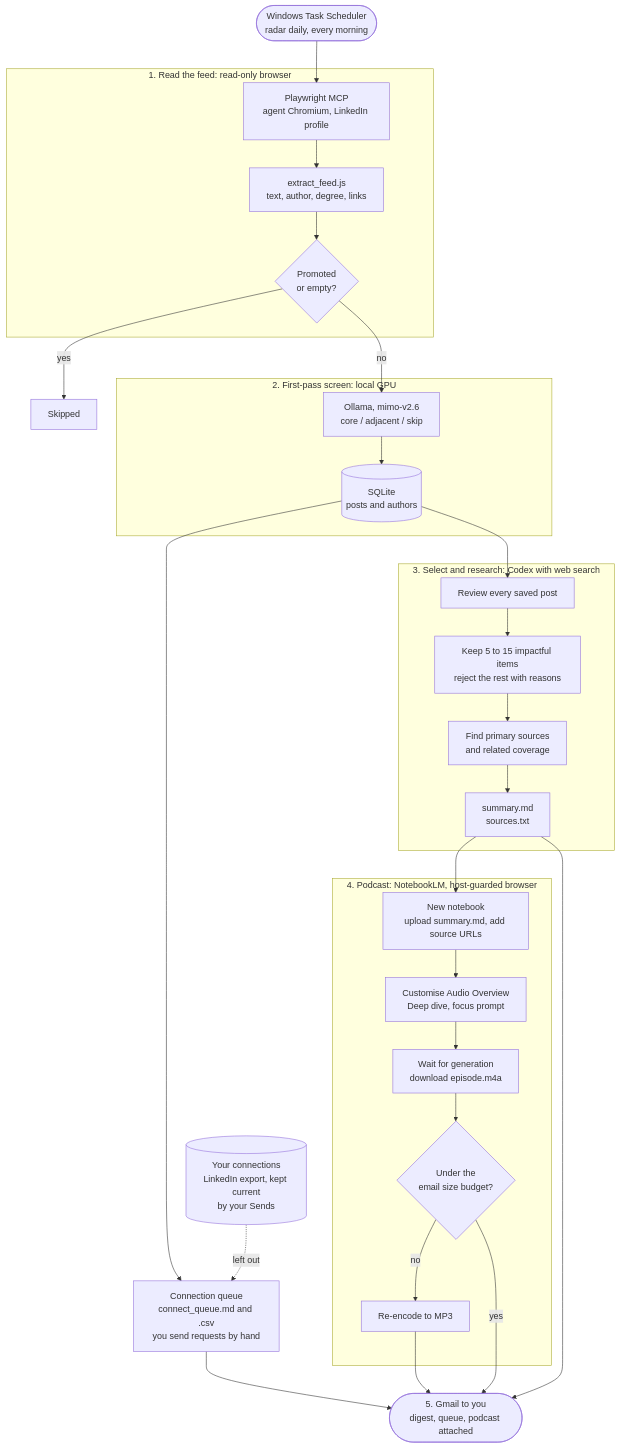
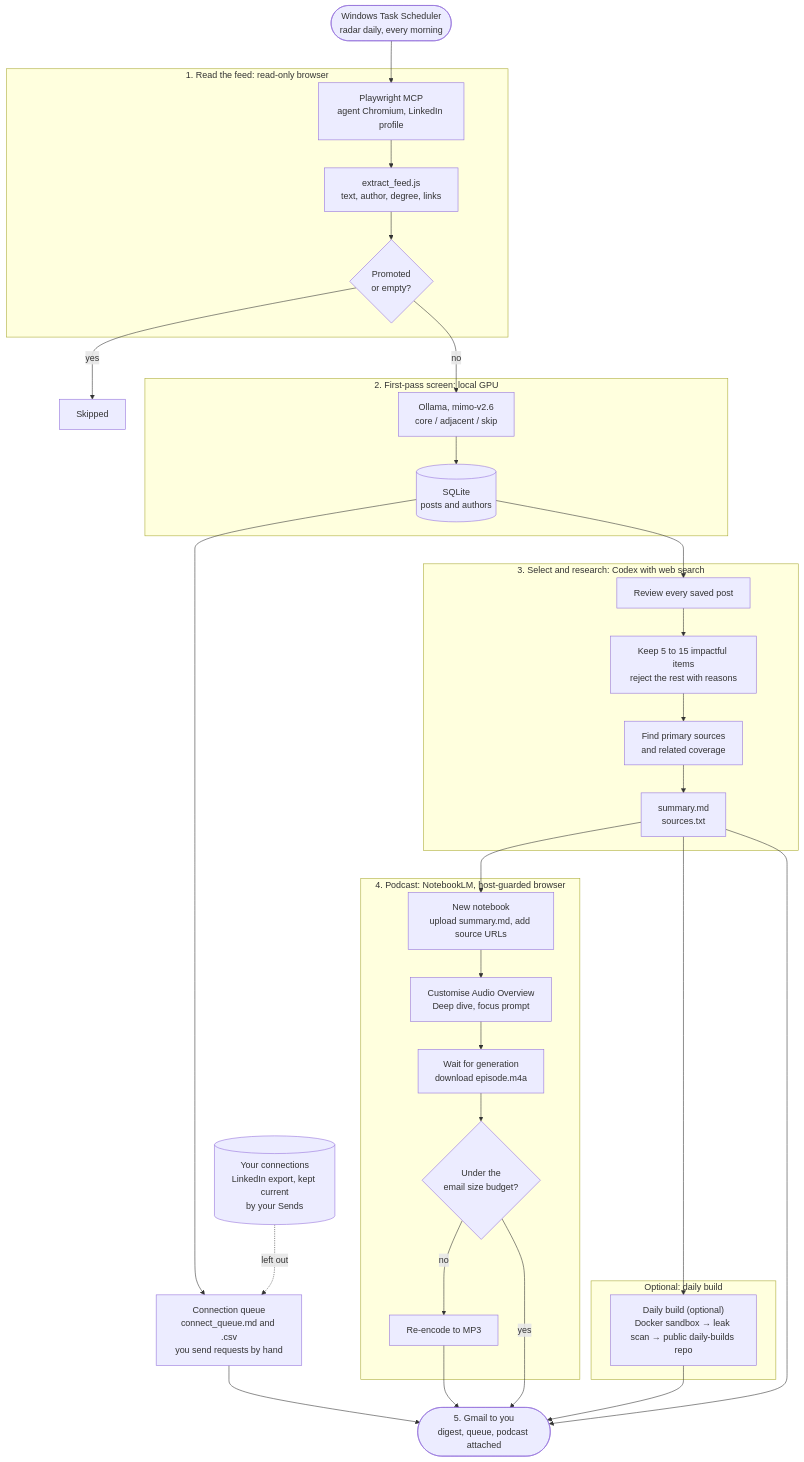
One commit to AbrarFaiyad/research-radar changed the diagram in README.md. Above: the diagram before and after it, drawn with Mermaid. The commit also changed other lines of this file, not shown here.

Commit message:
Docs: daily builds

````diff
--- a/README.md
+++ b/README.md
@@ -30,40 +31,46 @@
 ```mermaid
 flowchart TD
     T(["Windows Task Scheduler<br/>radar daily, every morning"]) --> S1
 
     subgraph SCAN["1. Read the feed: read-only browser"]
         S1["Playwright MCP<br/>agent Chromium, LinkedIn profile"] --> S2["extract_feed.js<br/>text, author, degree, links"]
         S2 --> S3{"Promoted<br/>or empty?"}
     end
 
     S3 -- yes --> DROP["Skipped"]
     S3 -- no --> L1
 
     subgraph SCREEN["2. First-pass screen: local GPU"]
         L1["Ollama, mimo-v2.6<br/>core / adjacent / skip"] --> DB[("SQLite<br/>posts and authors")]
     end
 
     DB --> Q["Connection queue<br/>connect_queue.md and .csv<br/>you send requests by hand"]
     CX[("Your connections<br/>LinkedIn export, kept current<br/>by your Sends")] -. left out .-> Q
     DB --> C1
 
     subgraph RESEARCH["3. Select and research: Codex with web search"]
         C1["Review every saved post"] --> C2["Keep 5 to 15 impactful items<br/>reject the rest with reasons"]
         C2 --> C3["Find primary sources<br/>and related coverage"]
         C3 --> C4["summary.md<br/>sources.txt"]
     end
 
     subgraph PODCAST["4. Podcast: NotebookLM, host-guarded browser"]
         N1["New notebook<br/>upload summary.md, add source URLs"] --> N2["Customise Audio Overview<br/>Deep dive, focus prompt"]
         N2 --> N3["Wait for generation<br/>download episode.m4a"]
         N3 --> N4{"Under the<br/>email size budget?"}
         N4 -- no --> N5["Re-encode to MP3"]
     end
 
+    subgraph BUILD["Optional: daily build"]
+        B1["Daily build (optional)<br/>Docker sandbox → leak scan → public daily-builds repo"]
+    end
+
     C4 --> N1
+    C4 --> B1
     C4 --> E1
     Q --> E1
     N4 -- yes --> E1
     N5 --> E1
+    B1 --> E1
     E1(["5. Gmail to you<br/>digest, queue, podcast attached"])
 ```
````
